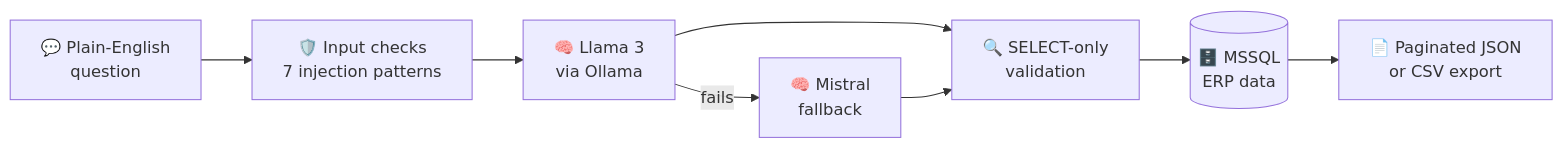
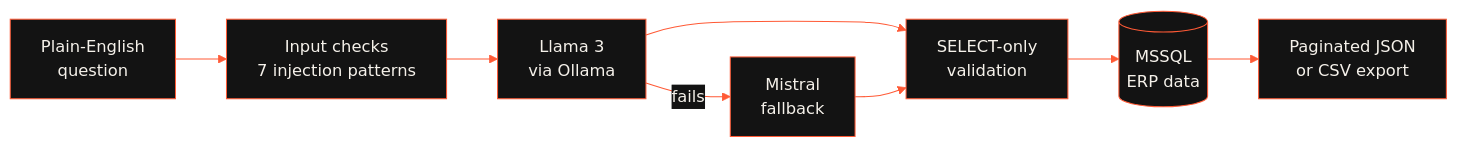
The diagram in Readme.md (aghar-usman/aghar-usman), drawn with Mermaid before and after one commit. The commit also changed other lines of this file, not shown here.

````diff
--- a/Readme.md
+++ b/Readme.md
@@ -177,10 +179,11 @@
 ```mermaid
+%%{init: {'theme':'base','themeVariables':{'fontFamily':'JetBrains Mono, monospace','primaryColor':'#131313','primaryTextColor':'#f5f1ea','primaryBorderColor':'#ff5a36','lineColor':'#ff5a36','secondaryColor':'#1c1c1c','tertiaryColor':'#000000','edgeLabelBackground':'#131313'}}}%%
 flowchart LR
-    A["💬 Plain-English<br/>question"] --> B["🛡️ Input checks<br/>7 injection patterns"]
-    B --> C["🧠 Llama 3<br/>via Ollama"]
-    C -->|fails| D["🧠 Mistral<br/>fallback"]
-    C --> E["🔍 SELECT-only<br/>validation"]
+    A["Plain-English<br/>question"] --> B["Input checks<br/>7 injection patterns"]
+    B --> C["Llama 3<br/>via Ollama"]
+    C -->|fails| D["Mistral<br/>fallback"]
+    C --> E["SELECT-only<br/>validation"]
     D --> E
-    E --> F[("🗄️ MSSQL<br/>ERP data")]
-    F --> G["📄 Paginated JSON<br/>or CSV export"]
+    E --> F[("MSSQL<br/>ERP data")]
+    F --> G["Paginated JSON<br/>or CSV export"]
 ```
````
